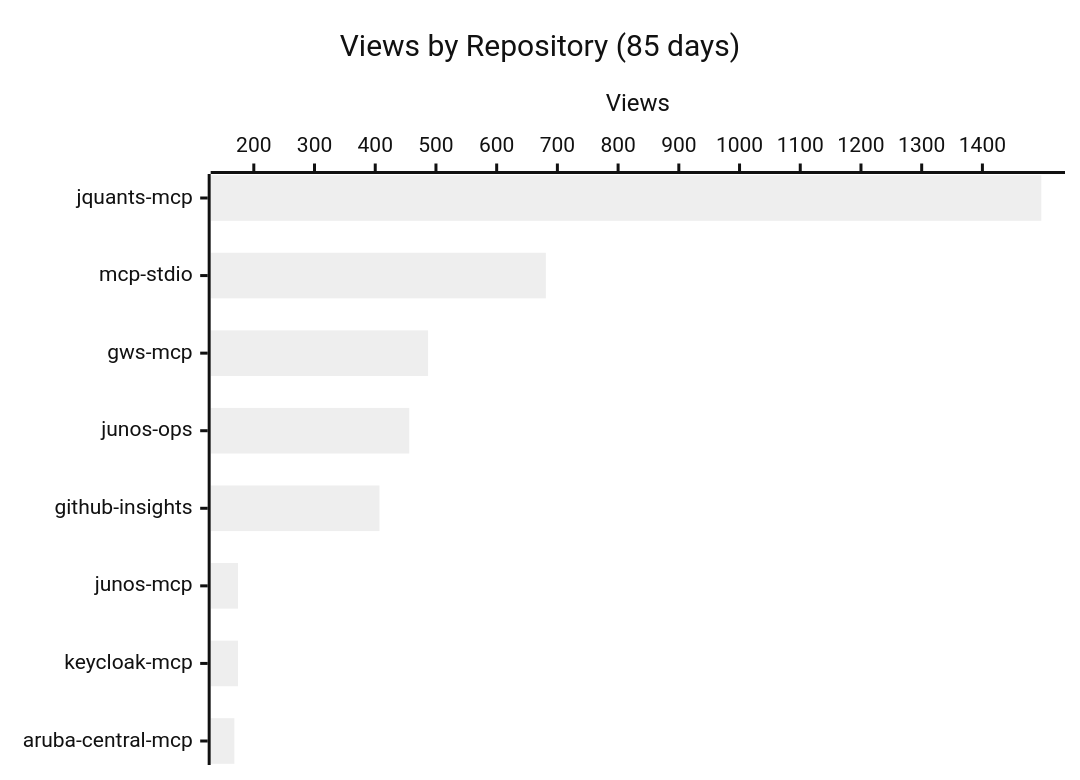
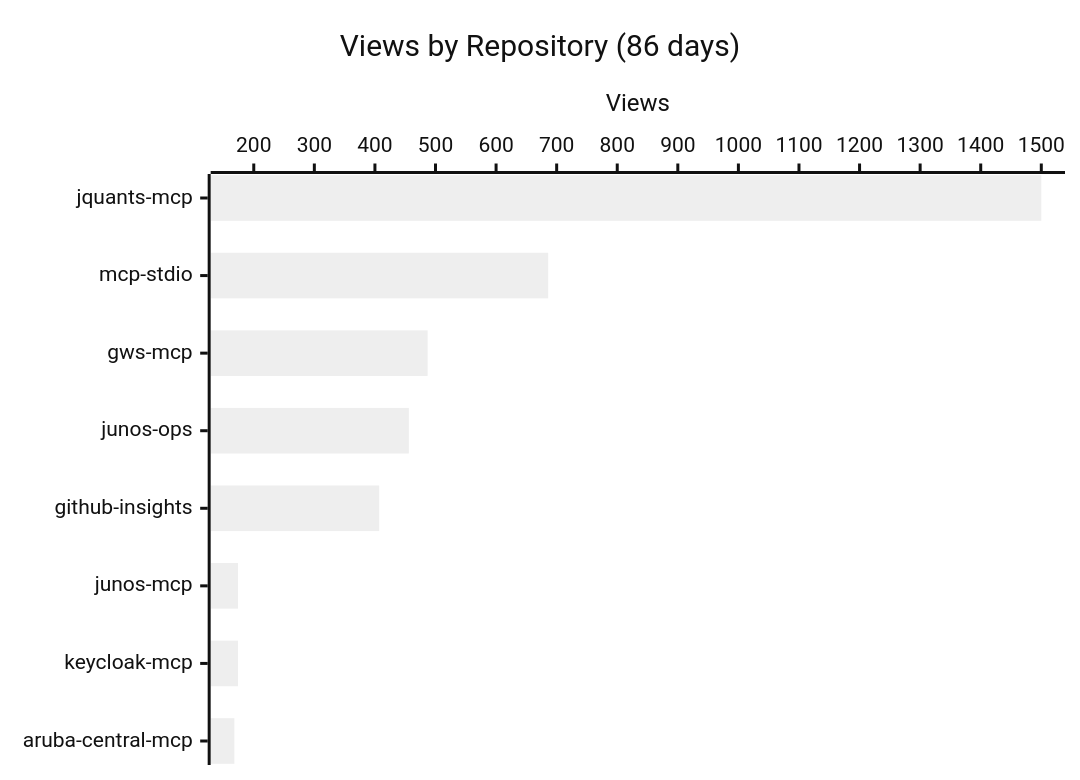
One commit to shigechika/github-insights changed the first of 3 diagrams in README.md. Above: the diagram before and after it, drawn with Mermaid (neutral theme). The commit also changed other lines of this file and 2 other files, not shown here.

````diff
--- a/README.md
+++ b/README.md
@@ -18,7 +18,7 @@
 ```mermaid
 xychart-beta horizontal
-    title "Views by Repository (85 days)"
+    title "Views by Repository (86 days)"
     x-axis ["jquants-mcp", "mcp-stdio", "gws-mcp", "junos-ops", "github-insights", "junos-mcp", "keycloak-mcp", "aruba-central-mcp"]
     y-axis "Views"
-    bar [1497, 681, 487, 456, 407, 174, 174, 168]
+    bar [1500, 686, 487, 456, 407, 174, 174, 168]
 ```
````
